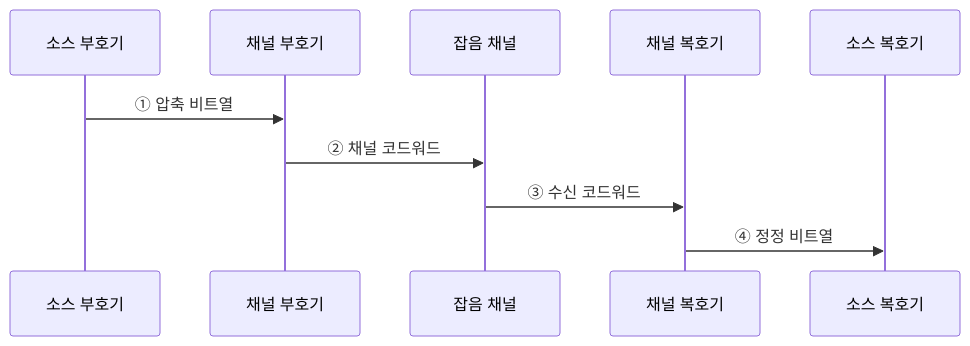
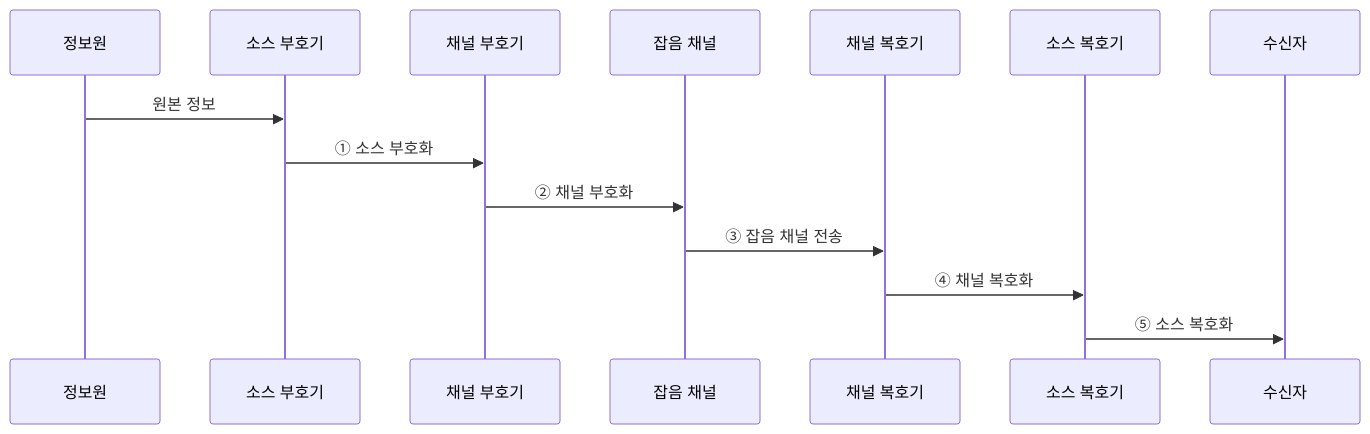
One commit to agnusdei1207/knowledge-base changed the second of 2 diagrams in src/content/docs/notes/01-basic-theory/030_source_vs_channel_coding.md. Above: the diagram before and after it, drawn with Mermaid. The commit also changed other lines of this file and 20 other files, not shown here.

````diff
--- a/src/content/docs/notes/01-basic-theory/030_source_vs_channel_coding.md
+++ b/src/content/docs/notes/01-basic-theory/030_source_vs_channel_coding.md
@@ -80,12 +85,16 @@
 ```mermaid
 sequenceDiagram
+    participant S as 정보원
     participant SE as 소스 부호기
     participant CE as 채널 부호기
     participant CH as 잡음 채널
     participant CD as 채널 복호기
     participant SD as 소스 복호기
-    SE->>CE: ① 압축 비트열
-    CE->>CH: ② 채널 코드워드
-    CH->>CD: ③ 수신 코드워드
-    CD->>SD: ④ 정정 비트열
+    participant R as 수신자
+    S->>SE: 원본 정보
+    SE->>CE: ① 소스 부호화
+    CE->>CH: ② 채널 부호화
+    CH->>CD: ③ 잡음 채널 전송
+    CD->>SD: ④ 채널 복호화
+    SD->>R: ⑤ 소스 복호화
 ```
````
